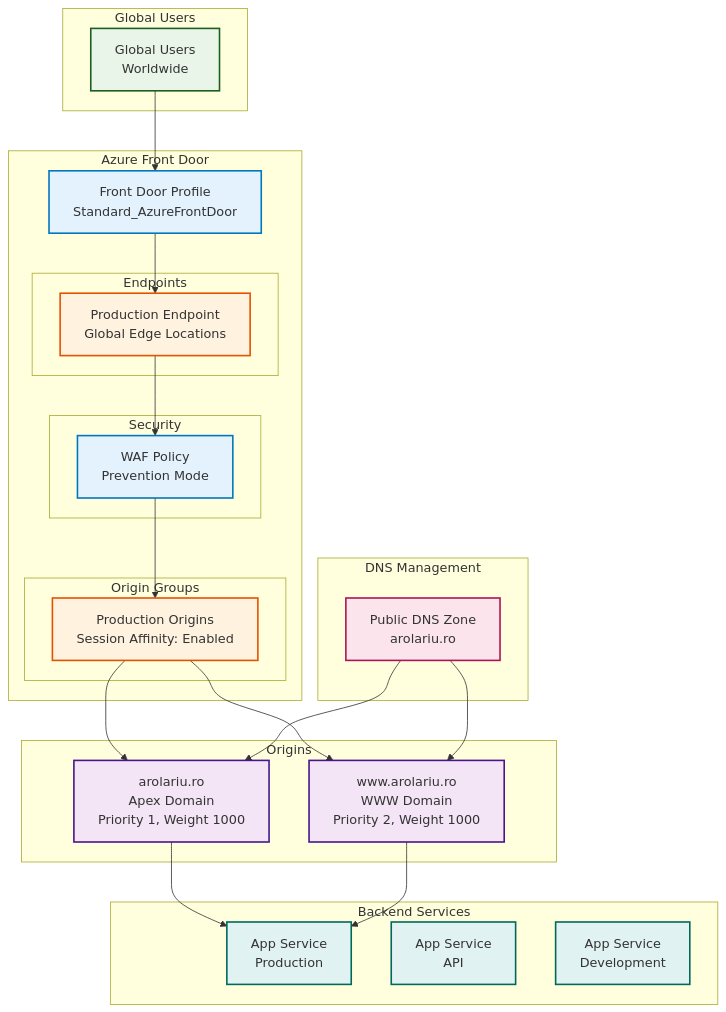
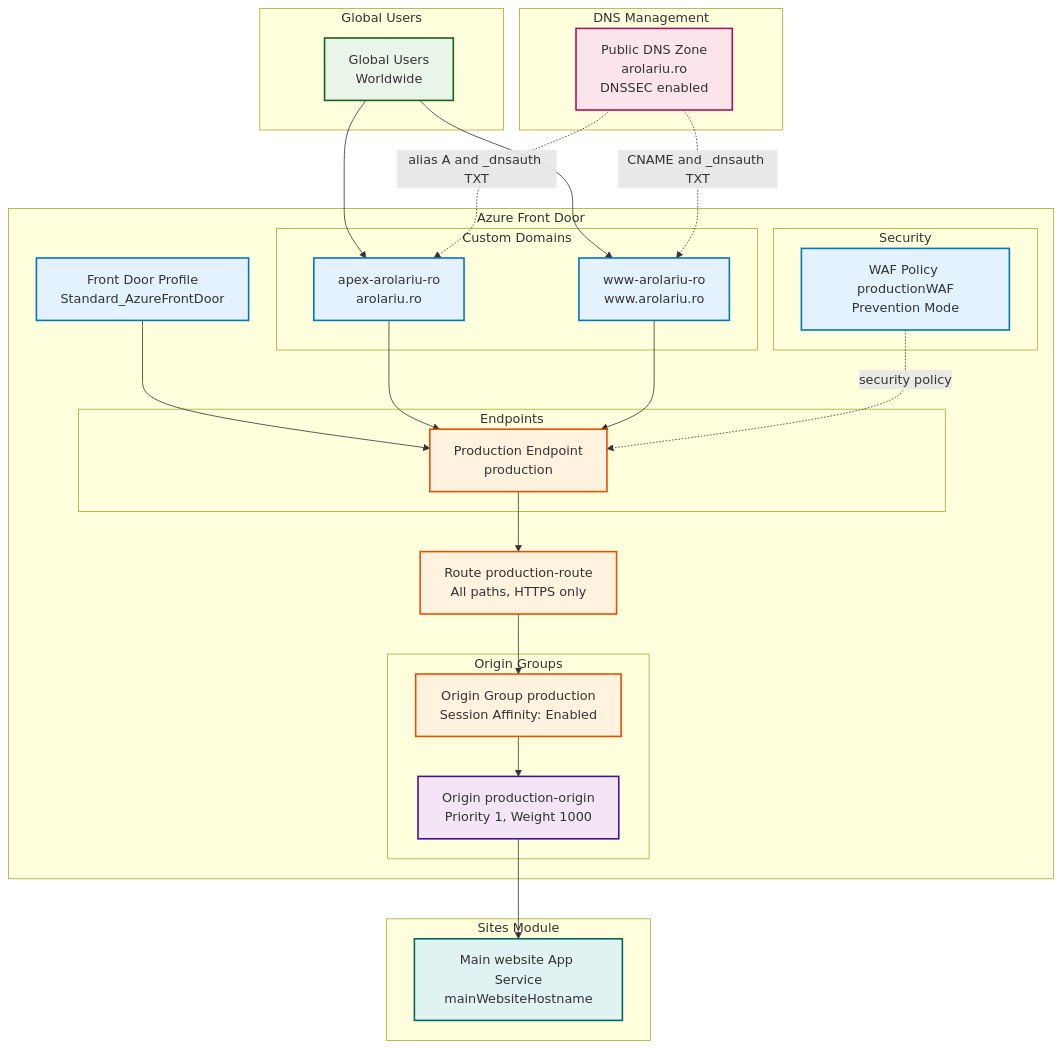
The diagram in infra/Azure/Bicep/network/README.md (arolariu/arolariu.ro), drawn with Mermaid before and after one commit. The commit also changed other lines of this file and 3 other files, not shown here.

````diff
--- a/infra/Azure/Bicep/network/README.md
+++ b/infra/Azure/Bicep/network/README.md
@@ -37,67 +44,69 @@
 ```mermaid
 graph TB
     subgraph "Global Users"
         USERS[Global Users<br/>Worldwide]
     end
 
+    subgraph "DNS Management"
+        DNS_ZONE[Public DNS Zone<br/>arolariu.ro<br/>DNSSEC enabled]
+    end
+
     subgraph "Azure Front Door"
         AFD_PROFILE[Front Door Profile<br/>Standard_AzureFrontDoor]
 
+        subgraph "Custom Domains"
+            APEX[apex-arolariu-ro<br/>arolariu.ro]
+            WWW[www-arolariu-ro<br/>www.arolariu.ro]
+        end
+
         subgraph "Endpoints"
-            EP_PROD[Production Endpoint<br/>Global Edge Locations]
+            EP_PROD[Production Endpoint<br/>production]
         end
 
         subgraph "Security"
-            WAF[WAF Policy<br/>Prevention Mode]
+            WAF[WAF Policy productionWAF<br/>Prevention Mode]
         end
 
+        ROUTE[Route production-route<br/>All paths, HTTPS only]
+
         subgraph "Origin Groups"
-            OG_PROD[Production Origins<br/>Session Affinity: Enabled]
+            OG_PROD[Origin Group production<br/>Session Affinity: Enabled]
+            ORIGIN[Origin production-origin<br/>Priority 1, Weight 1000]
         end
     end
 
-    subgraph "Origins"
-        APEX[arolariu.ro<br/>Apex Domain<br/>Priority 1, Weight 1000]
-        WWW[www.arolariu.ro<br/>WWW Domain<br/>Priority 2, Weight 1000]
+    subgraph "Sites Module"
+        APP_PROD[Main website App Service<br/>mainWebsiteHostname]
     end
 
-    subgraph "DNS Management"
-        DNS_ZONE[Public DNS Zone<br/>arolariu.ro]
-    end
+    USERS --> APEX
+    USERS --> WWW
 
-    subgraph "Backend Services"
-        APP_PROD[App Service<br/>Production]
-        APP_API[App Service<br/>API]
-        APP_DEV[App Service<br/>Development]
-    end
+    DNS_ZONE -.->|alias A and _dnsauth TXT| APEX
+    DNS_ZONE -.->|CNAME and _dnsauth TXT| WWW
 
-    USERS --> AFD_PROFILE
     AFD_PROFILE --> EP_PROD
+    APEX --> EP_PROD
+    WWW --> EP_PROD
 
-    EP_PROD --> WAF
+    WAF -.->|security policy| EP_PROD
 
-    WAF --> OG_PROD
-
-    OG_PROD --> APEX
-    OG_PROD --> WWW
-
-    APEX --> APP_PROD
-    WWW --> APP_PROD
-
-    DNS_ZONE --> APEX
-    DNS_ZONE --> WWW
+    EP_PROD --> ROUTE
+    ROUTE --> OG_PROD
+    OG_PROD --> ORIGIN
+    ORIGIN --> APP_PROD
 
     classDef user fill:#e8f5e8,stroke:#1b5e20,stroke-width:2px
     classDef frontdoor fill:#e3f2fd,stroke:#0277bd,stroke-width:2px
     classDef endpoint fill:#fff3e0,stroke:#e65100,stroke-width:2px
     classDef origin fill:#f3e5f5,stroke:#4a148c,stroke-width:2px
     classDef dns fill:#fce4ec,stroke:#ad1457,stroke-width:2px
     classDef backend fill:#e0f2f1,stroke:#00695c,stroke-width:2px
 
     class USERS user
-    class AFD_PROFILE,WAF frontdoor
-    class EP_PROD,OG_PROD endpoint
-    class APEX,WWW origin
+    class AFD_PROFILE,WAF,APEX,WWW frontdoor
+    class EP_PROD,ROUTE,OG_PROD endpoint
+    class ORIGIN origin
     class DNS_ZONE dns
-    class APP_PROD,APP_API,APP_DEV backend
+    class APP_PROD backend
 ```
````
